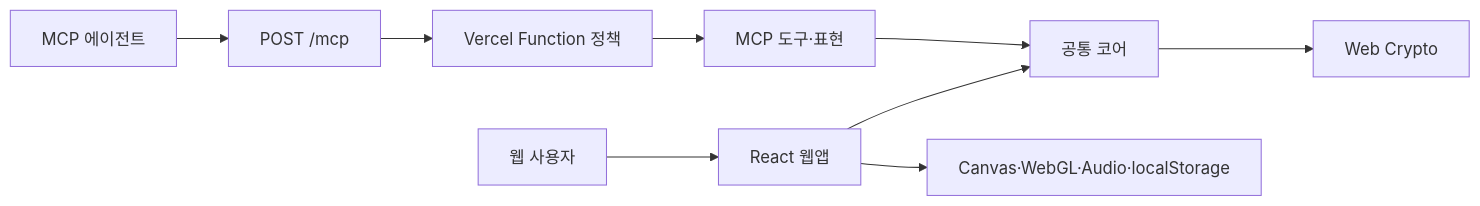
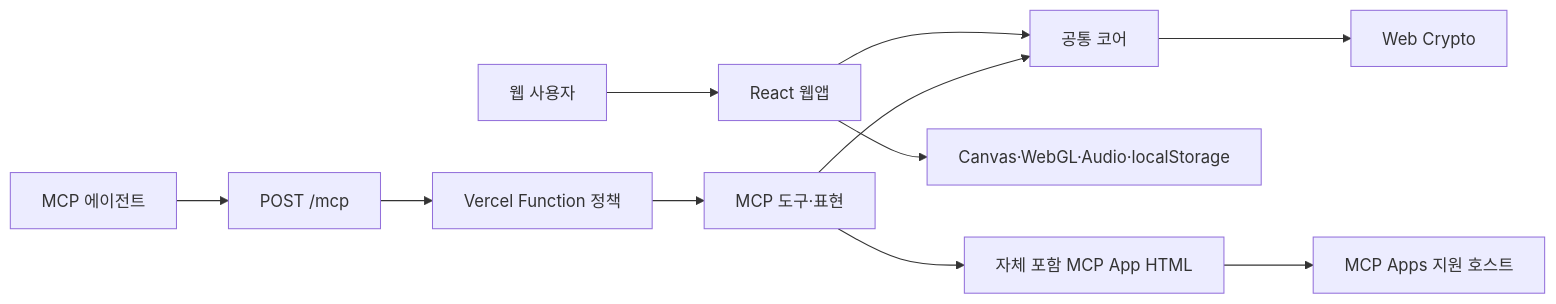
One commit to tinywolf/roulette changed the first of 2 diagrams in docs/architecture.md. Above: the diagram before and after it, drawn with Mermaid. The commit also changed other lines of this file and 25 other files, not shown here.

Commit message:
MCP Apps 룰렛 애니메이션을 원격 추첨 결과에 연동

````diff
--- a/docs/architecture.md
+++ b/docs/architecture.md
@@ -22,13 +22,15 @@
 ```mermaid
 flowchart LR
     User["웹 사용자"] --> Web["React 웹앱"]
     Web --> Core["공통 코어"]
     Web --> Browser["Canvas·WebGL·Audio·localStorage"]
 
     Agent["MCP 에이전트"] --> Route["POST /mcp"]
     Route --> Api["Vercel Function 정책"]
     Api --> Mcp["MCP 도구·표현"]
     Mcp --> Core
+    Mcp --> Resource["자체 포함 MCP App HTML"]
+    Resource --> Host["MCP Apps 지원 호스트"]
 
     Core --> Crypto["Web Crypto"]
 ```
````
